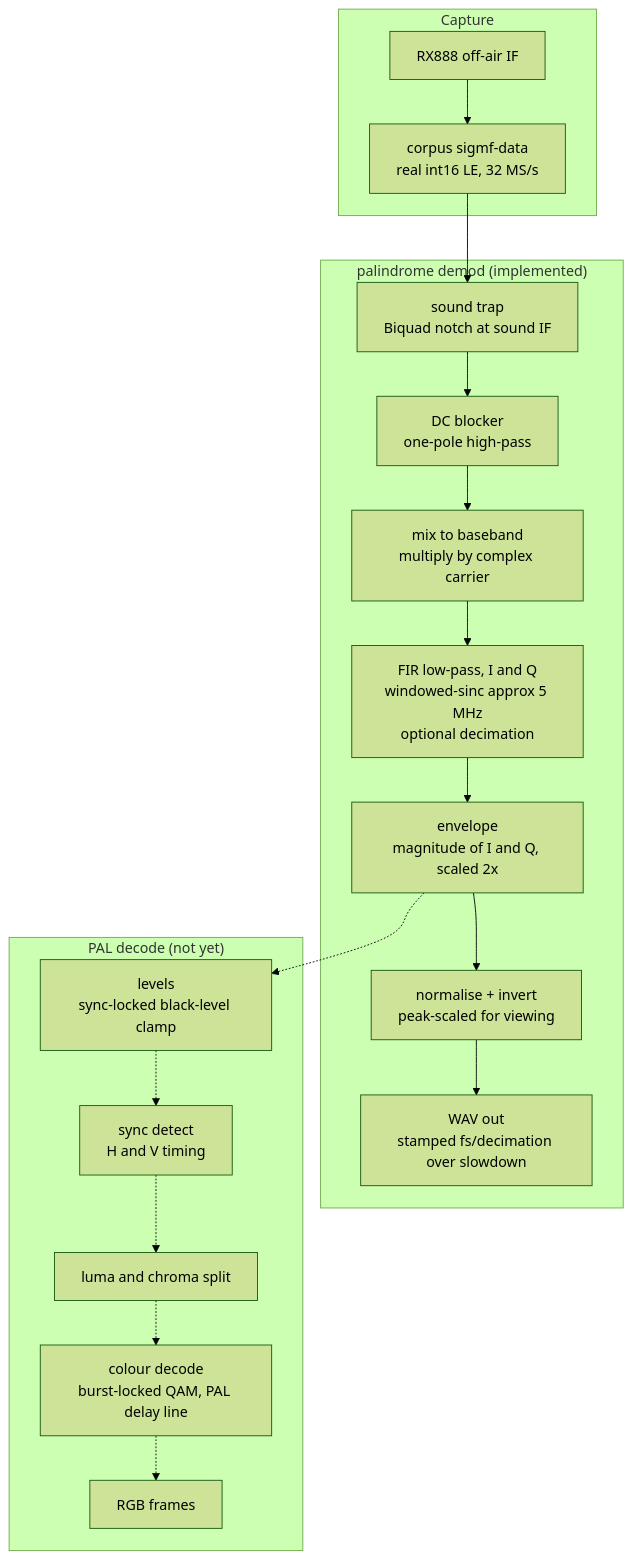
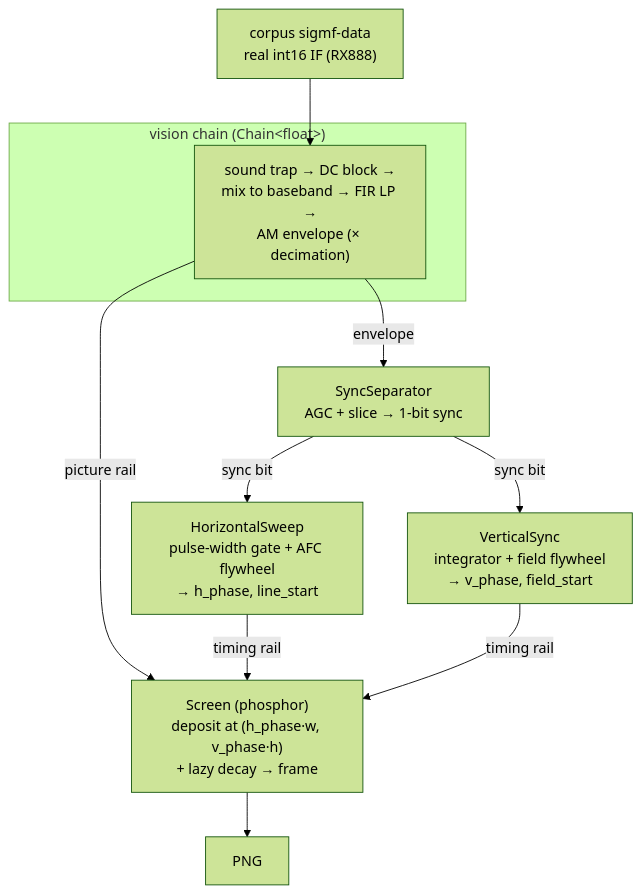
Before and after one commit to mattgodbolt/PALindrome: the diagram in README.md, drawn with Mermaid (forest theme). The commit also changed other lines of this file and 1 other file, not shown here.

First line of the commit message:
tools: AirSpy R2 capture support + README refresh

````diff
--- a/README.md
+++ b/README.md
@@ -51,24 +82,16 @@
 ```mermaid
 flowchart TD
-    subgraph cap["Capture"]
-      RF["RX888 off-air IF"] --> SIGMF["corpus sigmf-data<br/>real int16 LE, 32 MS/s"]
+    SIGMF["corpus sigmf-data<br/>real int16 IF (RX888)"] --> VIS
+
+    subgraph vis["vision chain (Chain&lt;float&gt;)"]
+      VIS["sound trap → DC block →<br/>mix to baseband → FIR LP →<br/>AM envelope (× decimation)"]
     end
 
-    subgraph demod["palindrome demod (implemented)"]
-      SIGMF --> TRAP["sound trap<br/>Biquad notch at sound IF"]
-      TRAP --> DC["DC blocker<br/>one-pole high-pass"]
-      DC --> MIX["mix to baseband<br/>multiply by complex carrier"]
-      MIX --> LP["FIR low-pass, I and Q<br/>windowed-sinc approx 5 MHz<br/>optional decimation"]
-      LP --> MAG["envelope<br/>magnitude of I and Q, scaled 2x"]
-      MAG --> NORM["normalise + invert<br/>peak-scaled for viewing"]
-      NORM --> WAV["WAV out<br/>stamped fs/decimation over slowdown"]
-    end
-
-    subgraph todo["PAL decode (not yet)"]
-      MAG -.-> LVL["levels<br/>sync-locked black-level clamp"]
-      LVL -.-> SYNC["sync detect<br/>H and V timing"]
-      SYNC -.-> SEP["luma and chroma split"]
-      SEP -.-> COL["colour decode<br/>burst-locked QAM, PAL delay line"]
-      COL -.-> RGB["RGB frames"]
-    end
+    VIS -->|envelope| SEP["SyncSeparator<br/>AGC + slice → 1-bit sync"]
+    VIS -->|picture rail| SCR
+    SEP -->|sync bit| HS["HorizontalSweep<br/>pulse-width gate + AFC flywheel<br/>→ h_phase, line_start"]
+    SEP -->|sync bit| VS["VerticalSync<br/>integrator + field flywheel<br/>→ v_phase, field_start"]
+    HS -->|timing rail| SCR["Screen (phosphor)<br/>deposit at (h_phase·w, v_phase·h)<br/>+ lazy decay → frame"]
+    VS -->|timing rail| SCR
+    SCR --> PNG["PNG"]
 ```
````
